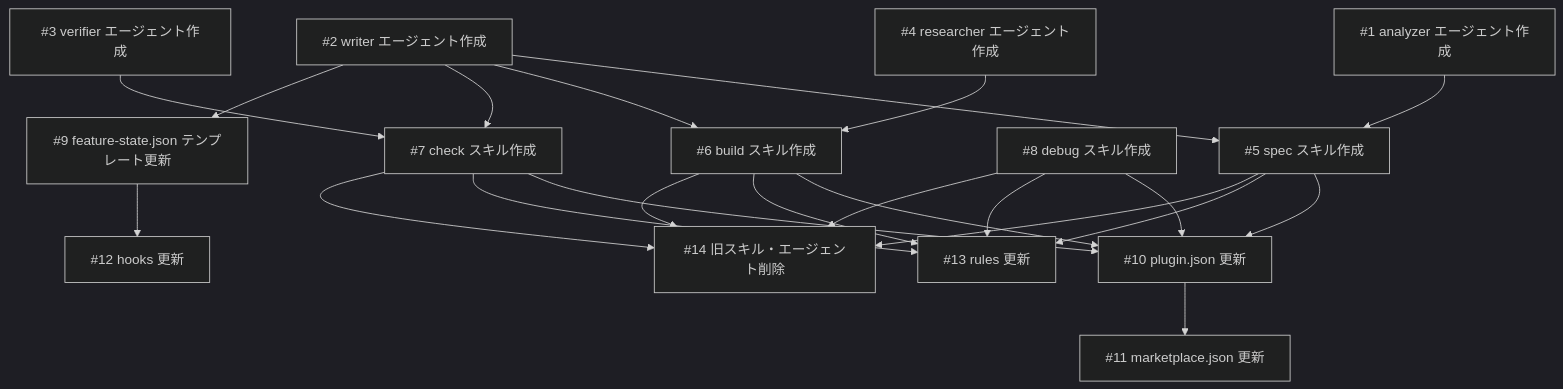
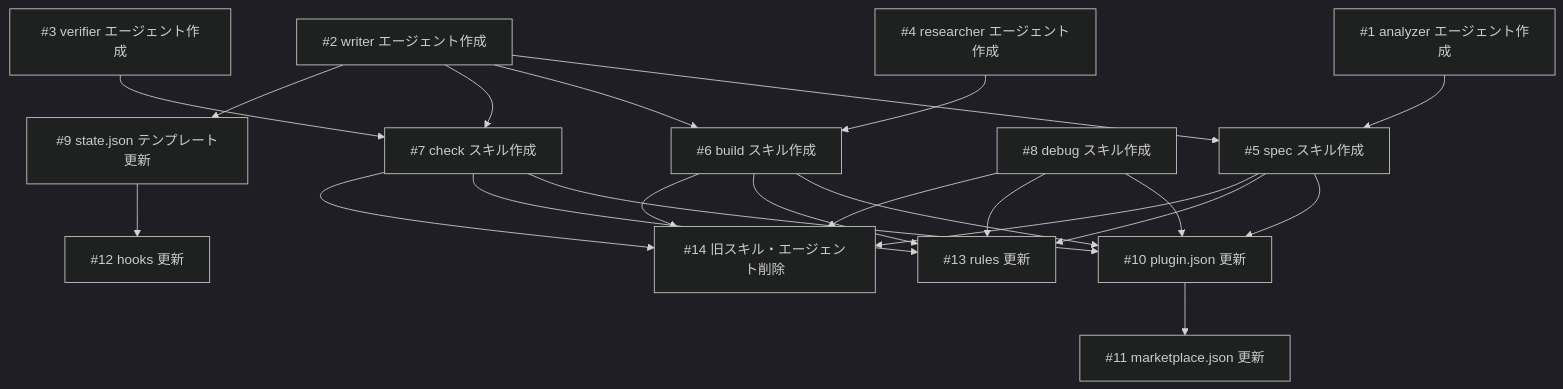
The fourth of 4 diagrams in docs/plans/spec-loop-redesign/plan.md (884js/spec-driven-dev), drawn with Mermaid (dark theme) before and after one commit. The commit also changed other lines of this file and 9 other files, not shown here.

````diff
--- a/docs/plans/spec-loop-redesign/plan.md
+++ b/docs/plans/spec-loop-redesign/plan.md
@@ -225,39 +225,39 @@
 ```mermaid
 graph TD
     T1[#1 analyzer エージェント作成]
     T2[#2 writer エージェント作成]
     T3[#3 verifier エージェント作成]
     T4[#4 researcher エージェント作成]
     T5[#5 spec スキル作成]
     T6[#6 build スキル作成]
     T7[#7 check スキル作成]
     T8[#8 debug スキル作成]
-    T9[#9 feature-state.json テンプレート更新]
+    T9[#9 state.json テンプレート更新]
     T10[#10 plugin.json 更新]
     T11[#11 marketplace.json 更新]
     T12[#12 hooks 更新]
     T13[#13 rules 更新]
     T14[#14 旧スキル・エージェント削除]
 
     T1 --> T5
     T2 --> T5
     T2 --> T6
     T2 --> T7
     T3 --> T7
     T4 --> T6
     T2 --> T9
     T5 --> T10
     T6 --> T10
     T7 --> T10
     T8 --> T10
     T10 --> T11
     T9 --> T12
     T5 --> T13
     T6 --> T13
     T7 --> T13
     T8 --> T13
     T5 --> T14
     T6 --> T14
     T7 --> T14
     T8 --> T14
 ```
````
